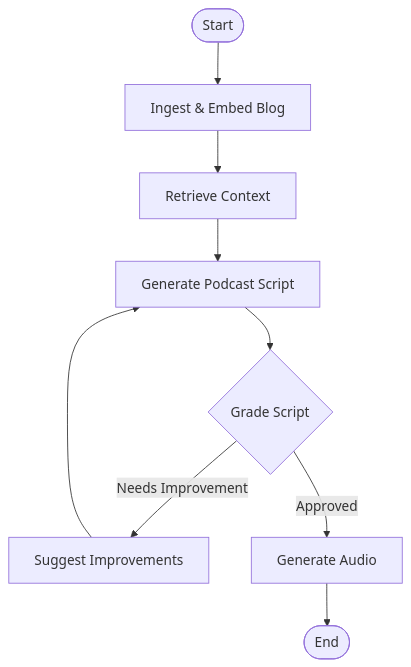
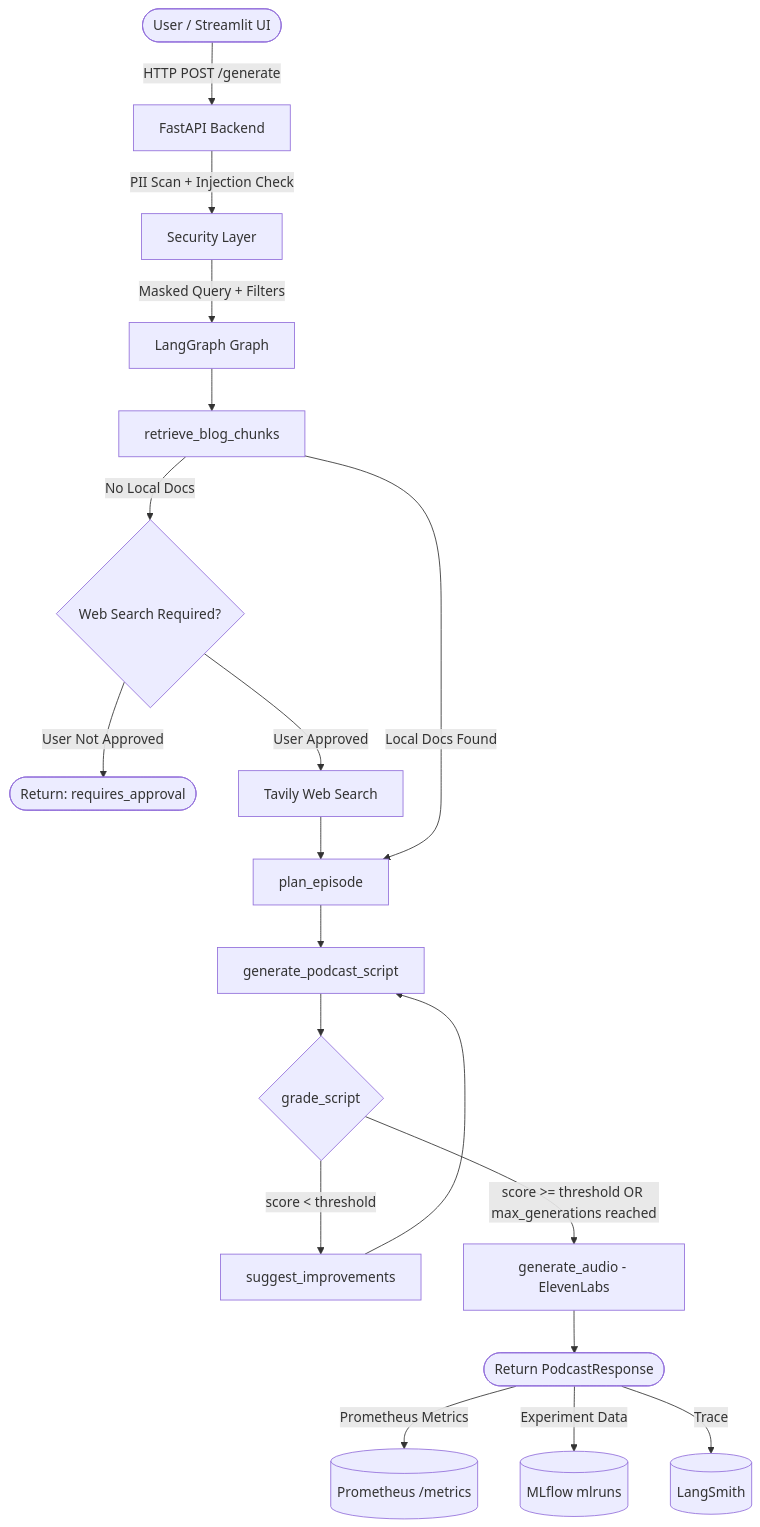
Before and after one commit to dR-ViBE/Blog-to-Podcast-Agent: the diagram in README.md, drawn with Mermaid. The commit also changed other lines of this file, not shown here.

Commit message:
docs: update README to reflect Phase 1 full architecture - FastAPI, Streamlit, LangGraph pipeline, MLflow, Prometheus, PII guard, prompt versioning, hybrid RAG, web search approval

````diff
--- a/README.md
+++ b/README.md
@@ -39,13 +53,26 @@
 ```mermaid
 graph TD
-    Start([Start]) --> Ingest[Ingest & Embed Blog]
-    Ingest --> Retrieve[Retrieve Context]
-    Retrieve --> GenScript[Generate Podcast Script]
-    GenScript --> Grade{Grade Script}
-    
-    Grade -->|Needs Improvement| Suggest[Suggest Improvements]
+    User([User / Streamlit UI]) -->|HTTP POST /generate| API[FastAPI Backend]
+    API -->|PII Scan + Injection Check| Security[Security Layer]
+    Security -->|Masked Query + Filters| Graph[LangGraph Graph]
+
+    Graph --> Retrieve[retrieve_blog_chunks]
+    Retrieve -->|No Local Docs| WebCheck{Web Search Required?}
+    WebCheck -->|User Not Approved| Pause([Return: requires_approval])
+    WebCheck -->|User Approved| TavilySearch[Tavily Web Search]
+    TavilySearch --> Plan
+    Retrieve -->|Local Docs Found| Plan[plan_episode]
+
+    Plan --> GenScript[generate_podcast_script]
+    GenScript --> Grade{grade_script}
+
+    Grade -->|score < threshold| Suggest[suggest_improvements]
     Suggest --> GenScript
-    
-    Grade -->|Approved| GenAudio[Generate Audio]
-    GenAudio --> End([End])
+
+    Grade -->|score >= threshold OR max_generations reached| Audio[generate_audio - ElevenLabs]
+    Audio --> End([Return PodcastResponse])
+
+    End -->|Prometheus Metrics| Prometheus[(Prometheus /metrics)]
+    End -->|Experiment Data| MLflow[(MLflow mlruns)]
+    End -->|Trace| LangSmith[(LangSmith)]
 ```
````
